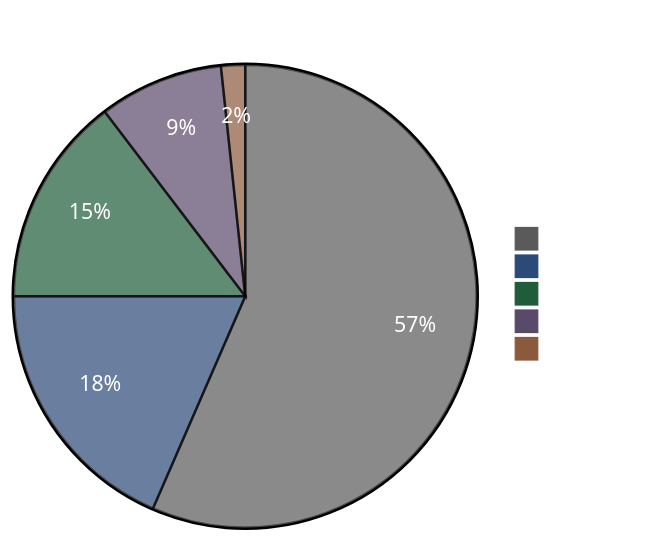
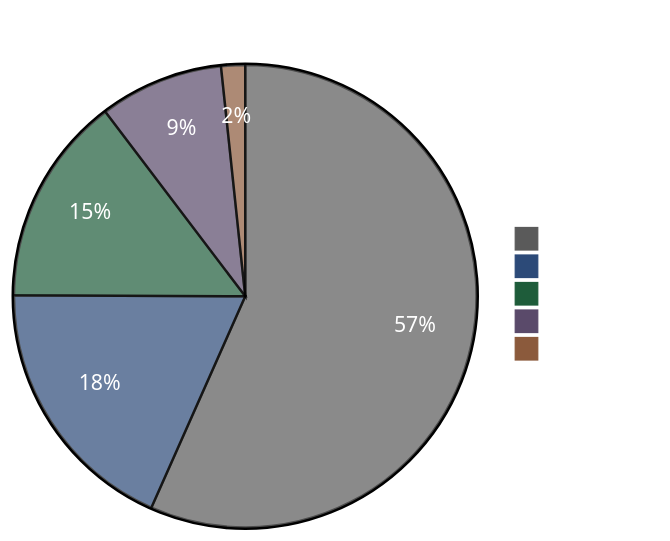
The diagram in README.md (ccmeteorljh/reco-arxiv-daily), drawn with Mermaid before and after one commit. The commit also changed other lines of this file and 7 other files, not shown here.

````diff
--- a/README.md
+++ b/README.md
@@ -6,19 +6,19 @@
 ```mermaid
 %%{init: {'theme':'base', 'themeVariables': {
   'pie1':'#5a5a5a',
   'pie2':'#2c4a78',
   'pie3':'#1e5c3a',
   'pie4':'#5a4a6a',
   'pie5':'#8b5a3c',
   'pieTitleTextColor':'#ffffff',
   'pieSectionTextColor':'#ffffff',
   'pieLegendTextColor':'#ffffff'
 }}}%%
 pie showData
 title Paper Distribution by Tag
-  "Other" : 606
+  "Other" : 609
   "LLM" : 198
   "GR" : 157
   "Seq" : 93
   "Scaling" : 18
 ```
````
